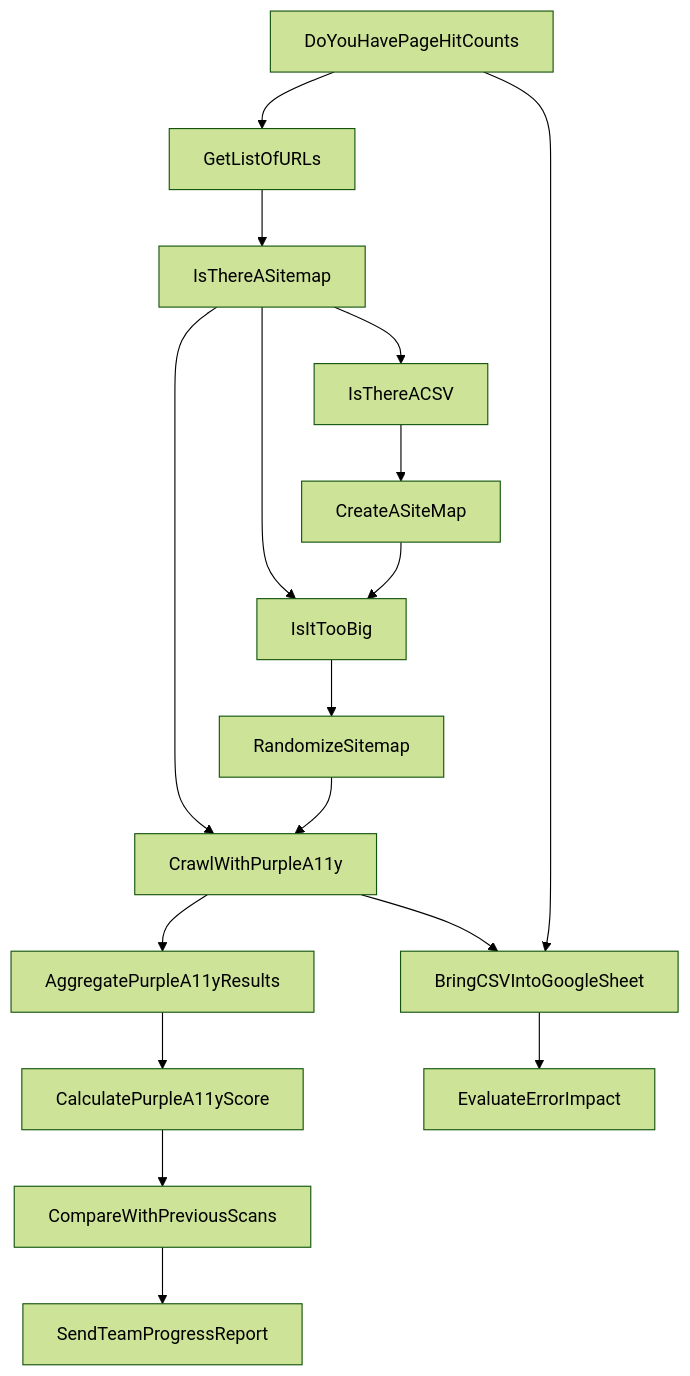
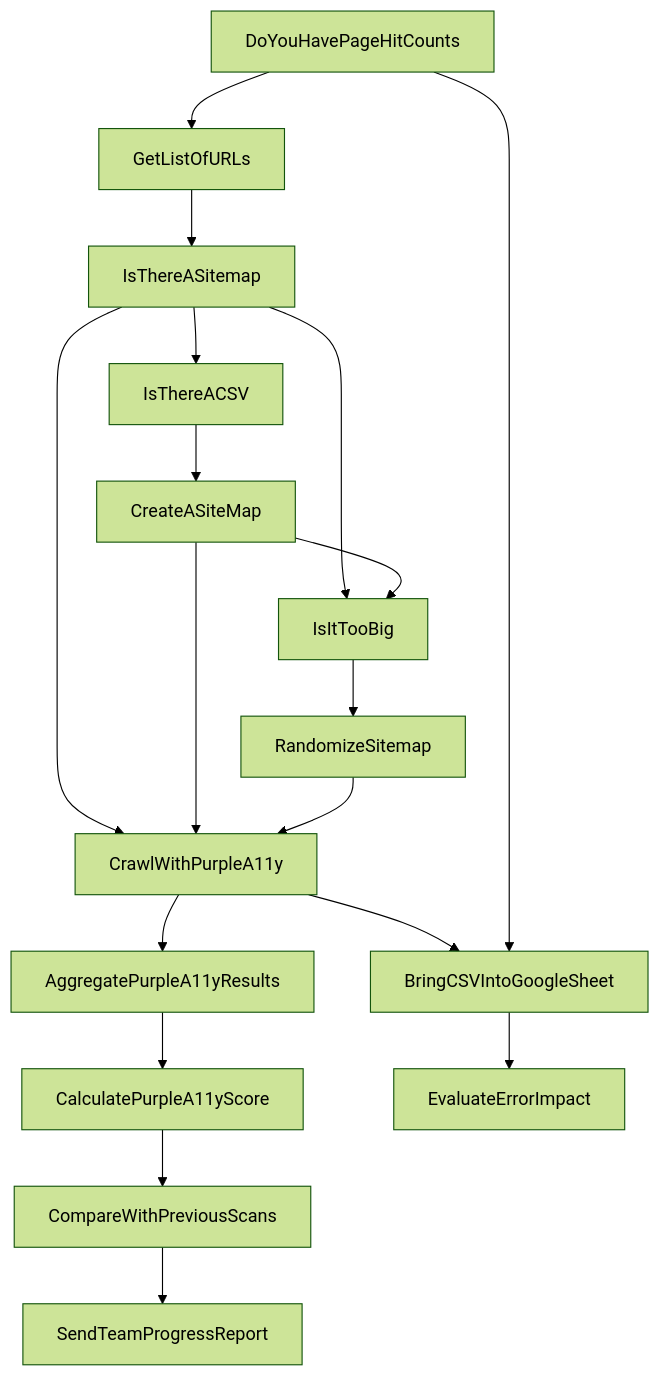
Before and after one commit to mgifford/purple-a11y: the diagram in sitemap-tools/decision-tree.md, drawn with Mermaid (forest theme).

````diff
--- a/sitemap-tools/decision-tree.md
+++ b/sitemap-tools/decision-tree.md
@@ -3,19 +3,20 @@
 ```mermaid
 graph TD;
     DoYouHavePageHitCounts-->GetListOfURLs;
     IsThereASitemap-->IsThereACSV;
     GetListOfURLs-->IsThereASitemap;
     IsThereACSV-->CreateASiteMap;
     IsThereASitemap-->CrawlWithPurpleA11y;
     IsThereASitemap-->IsItTooBig;
     CreateASiteMap-->IsItTooBig;
     IsItTooBig-->RandomizeSitemap;
+    CreateASiteMap-->CrawlWithPurpleA11y;
     RandomizeSitemap-->CrawlWithPurpleA11y;
     CrawlWithPurpleA11y-->AggregatePurpleA11yResults;
     AggregatePurpleA11yResults-->CalculatePurpleA11yScore;
     CrawlWithPurpleA11y-->BringCSVIntoGoogleSheet;
     DoYouHavePageHitCounts-->BringCSVIntoGoogleSheet;
     BringCSVIntoGoogleSheet-->EvaluateErrorImpact;
     CalculatePurpleA11yScore-->CompareWithPreviousScans;
     CompareWithPreviousScans-->SendTeamProgressReport;
 ```
````
